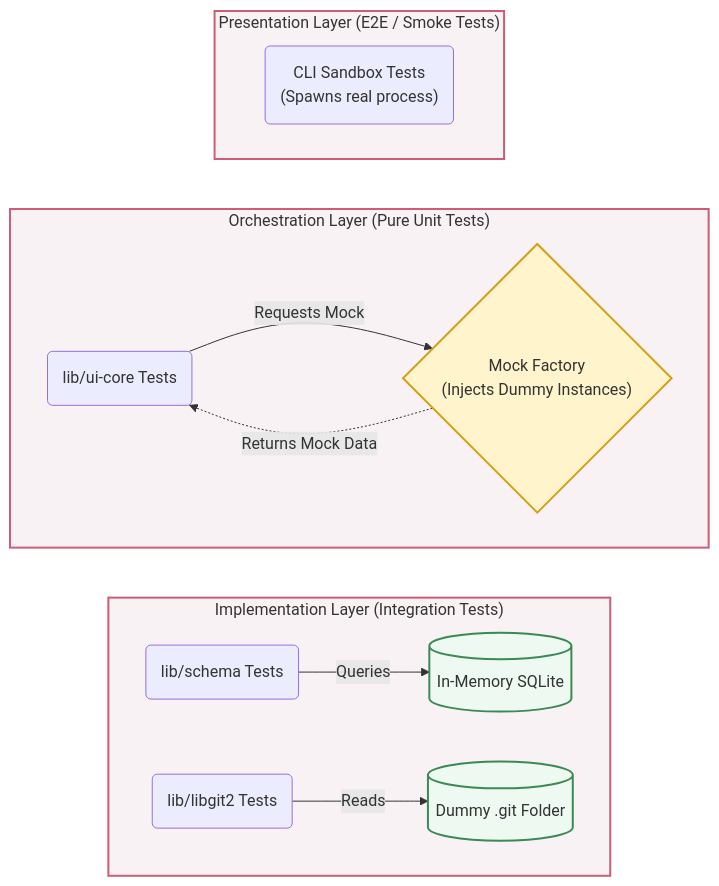
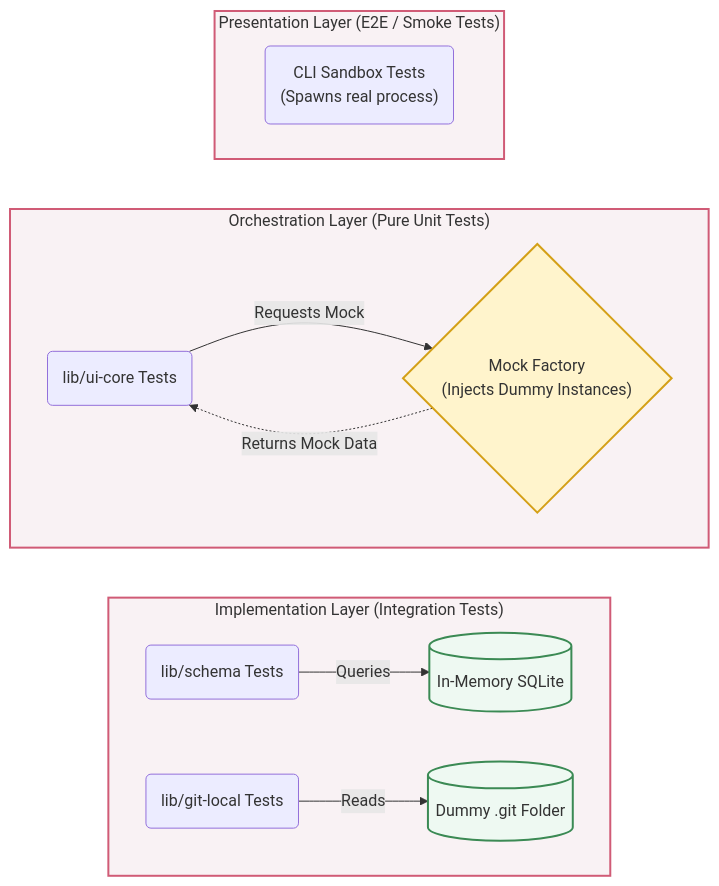
The diagram in docs/gitbook/architecture/testing-and-quality-architecture.md (dyphn1/Docuvia), drawn with Mermaid before and after one commit. The commit also changed other lines of this file and 34 other files, not shown here.

Commit message:
refactor(git-local): rename libgit2 to git-local and update references

````diff
--- a/docs/gitbook/architecture/testing-and-quality-architecture.md
+++ b/docs/gitbook/architecture/testing-and-quality-architecture.md
@@ -14,31 +14,31 @@
 ```mermaid
 flowchart TD
     subgraph E2E ["Presentation Layer (E2E / Smoke Tests)"]
         CLI_TEST("CLI Sandbox Tests<br/>(Spawns real process)")
     end
 
     subgraph UnitOrch ["Orchestration Layer (Pure Unit Tests)"]
         UICORE_TEST("lib/ui-core Tests")
         MOCK_FAC{"Mock Factory<br/>(Injects Dummy Instances)"}
         UICORE_TEST -->|Requests Mock| MOCK_FAC
         MOCK_FAC -.->|Returns Mock Data| UICORE_TEST
     end
 
     subgraph IntegrationImpl ["Implementation Layer (Integration Tests)"]
         direction LR
         DB_TEST("lib/schema Tests") -->|Queries| MEM_DB[("In-Memory SQLite")]
-        GIT_TEST("lib/libgit2 Tests") -->|Reads| DUMMY_GIT[("Dummy .git Folder")]
+        GIT_TEST("lib/git-local Tests") -->|Reads| DUMMY_GIT[("Dummy .git Folder")]
     end
 
     %% Test Isolation barrier
     E2E ~~~ UnitOrch
     UnitOrch ~~~ IntegrationImpl
 
     classDef testLayer fill:#f9f2f4,stroke:#d05b76,stroke-width:2px;
     classDef mock fill:#fff4cc,stroke:#d4a017,stroke-width:2px;
     classDef infra fill:#eef9f2,stroke:#3b8a54,stroke-width:2px;
 
     class E2E,UnitOrch,IntegrationImpl testLayer;
     class MOCK_FAC mock;
     class MEM_DB,DUMMY_GIT infra;
 ```
````
